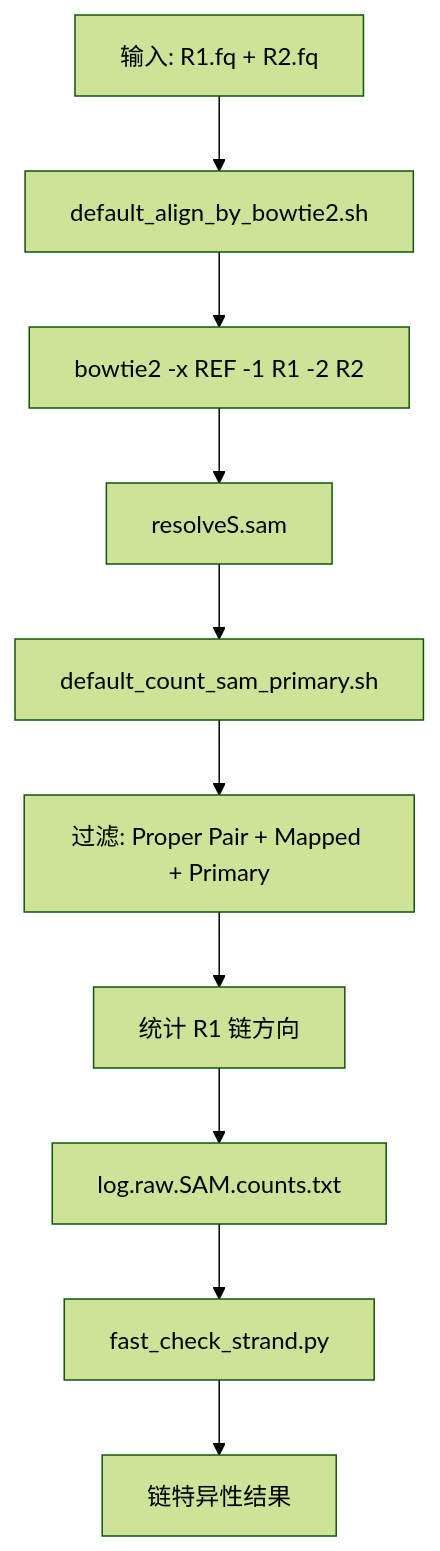
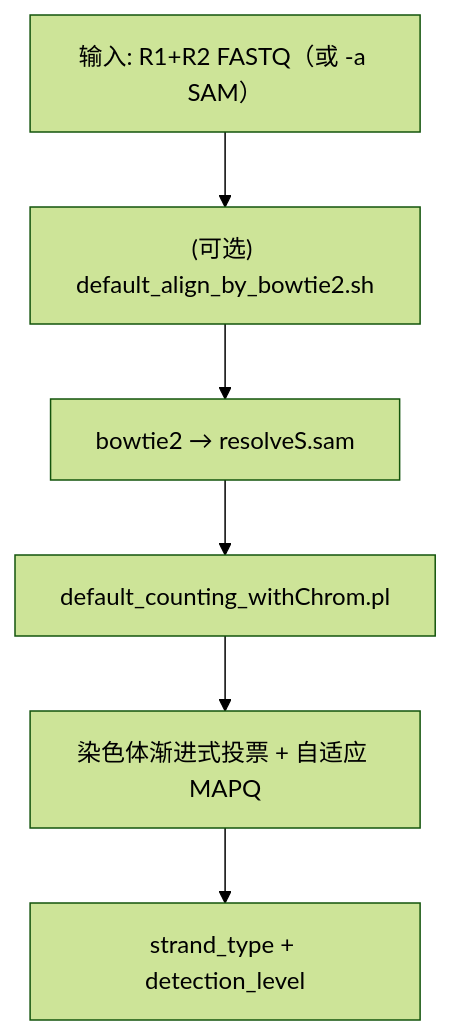
One commit to yudalang3/resolveS changed the first of 3 diagrams in README_zh.md. Above: the diagram before and after it, drawn with Mermaid (forest theme). The commit also changed other lines of this file and 1 other file, not shown here.

````diff
--- a/README_zh.md
+++ b/README_zh.md
@@ -251,12 +188,8 @@
 ```mermaid
 flowchart TD
-    A["输入: R1.fq + R2.fq"] --> B["default_align_by_bowtie2.sh"]
-    B --> C["bowtie2 -x REF -1 R1 -2 R2"]
-    C --> D["resolveS.sam"]
-    D --> E["default_count_sam_primary.sh"]
-    E --> F["过滤: Proper Pair + Mapped + Primary"]
-    F --> G["统计 R1 链方向"]
-    G --> H["log.raw.SAM.counts.txt"]
-    H --> I["fast_check_strand.py"]
-    I --> J["链特异性结果"]
+    A["输入: R1+R2 FASTQ（或 -a SAM）"] --> B["(可选) default_align_by_bowtie2.sh"]
+    B --> C["bowtie2 → resolveS.sam"]
+    C --> D["default_counting_withChrom.pl"]
+    D --> E["染色体渐进式投票 + 自适应 MAPQ"]
+    E --> F["strand_type + detection_level"]
 ```
````
